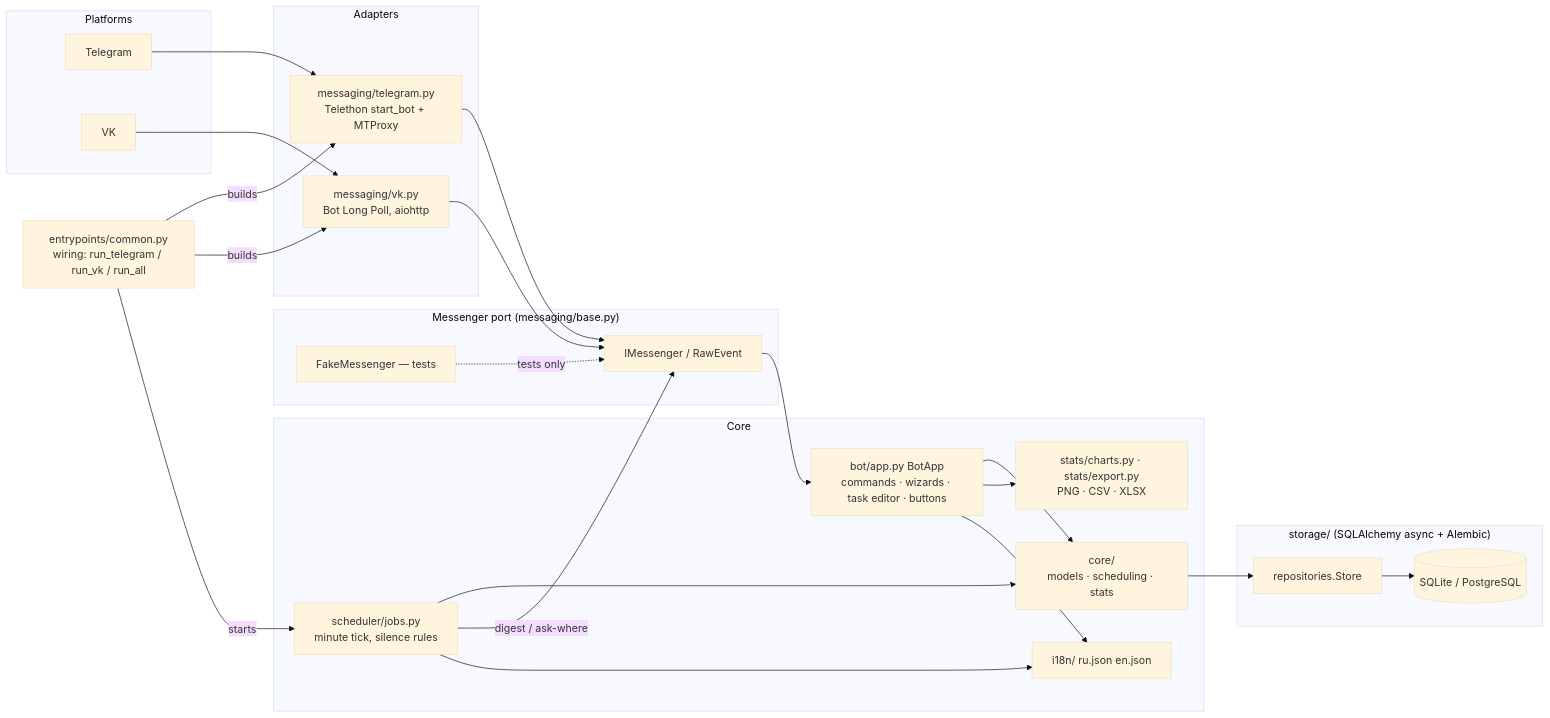
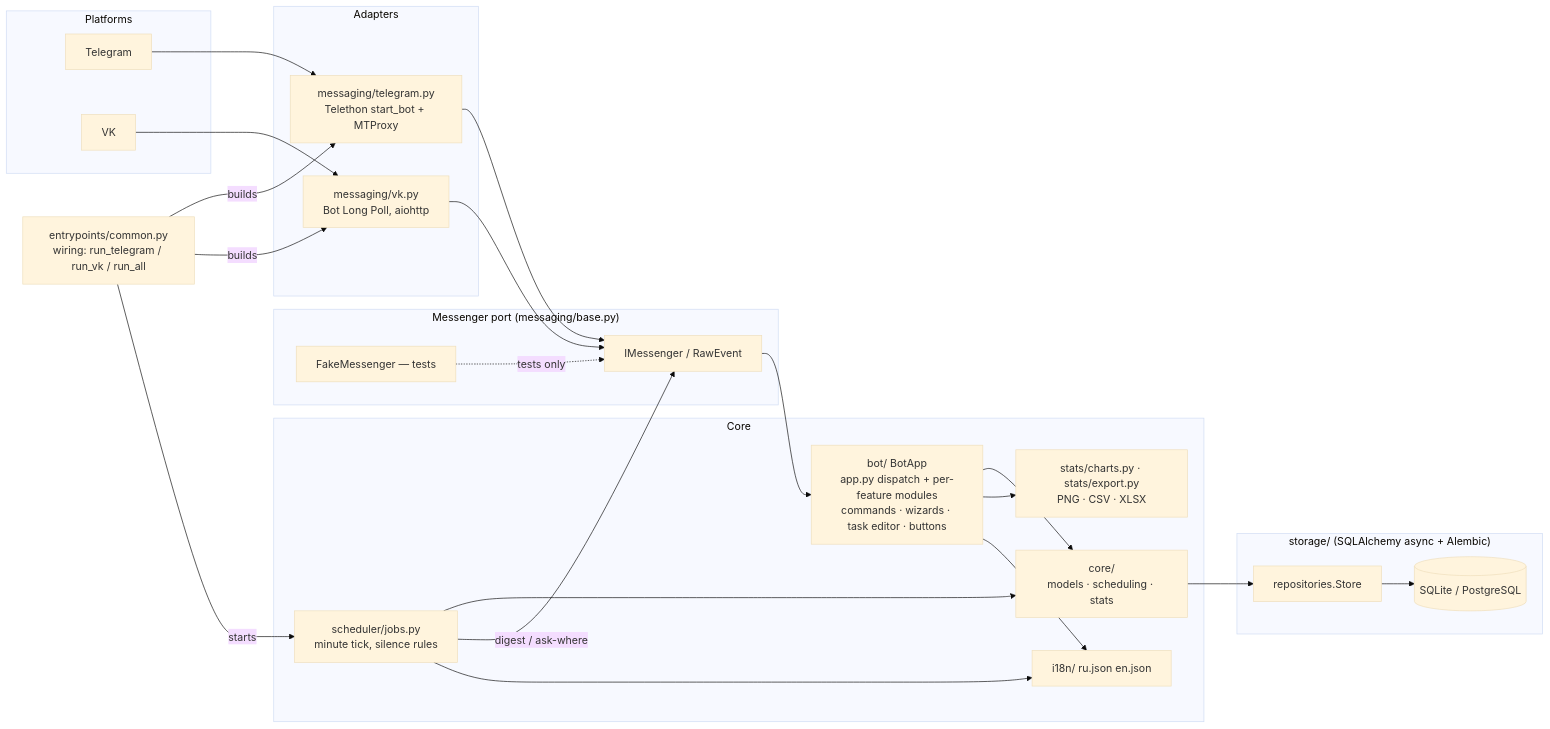
Before and after one commit to edombek/taskshed: the diagram in README.md, drawn with Mermaid (base theme). The commit also changed 30 other files, not shown here.

First line of the commit message:
refactor(bot): split BotApp into per-feature modules and chat tests by feature

````diff
--- a/README.md
+++ b/README.md
@@ -117,46 +117,46 @@
 ```mermaid
 graph LR
     subgraph Platforms
         TG[Telegram]
         VK[VK]
     end
 
     subgraph Adapters
         TGA[messaging/telegram.py<br/>Telethon start_bot + MTProxy]
         VKA[messaging/vk.py<br/>Bot Long Poll, aiohttp]
     end
 
     EP[entrypoints/common.py<br/>wiring: run_telegram / run_vk / run_all]
 
     subgraph Port["Messenger port (messaging/base.py)"]
         P[IMessenger / RawEvent]
         FAKE[FakeMessenger — tests]
     end
 
     subgraph Core
-        H[bot/app.py BotApp<br/>commands · wizards · task editor · buttons]
+        H[bot/ BotApp<br/>app.py dispatch + per-feature modules<br/>commands · wizards · task editor · buttons]
         C[core/<br/>models · scheduling · stats]
         S[scheduler/jobs.py<br/>minute tick, silence rules]
         ST[stats/charts.py · stats/export.py<br/>PNG · CSV · XLSX]
         I[i18n/ ru.json en.json]
     end
 
     subgraph Storage["storage/ (SQLAlchemy async + Alembic)"]
         R[repositories.Store]
         DB[(SQLite / PostgreSQL)]
     end
 
     TG --> TGA --> P
     VK --> VKA --> P
     FAKE -.tests only.-> P
     EP -->|builds| TGA
     EP -->|builds| VKA
     EP -->|starts| S
     P --> H --> C
     S --> C
     S -->|digest / ask-where| P
     C --> R --> DB
     H --> ST
     H --> I
     S --> I
 ```
````
